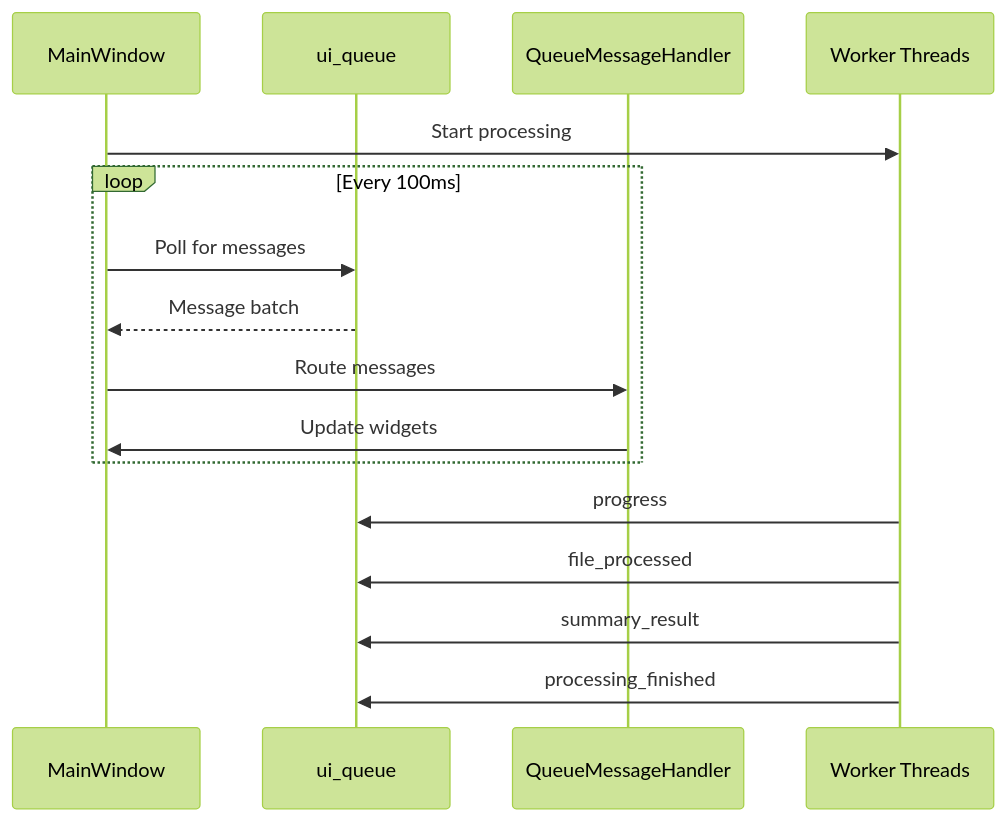
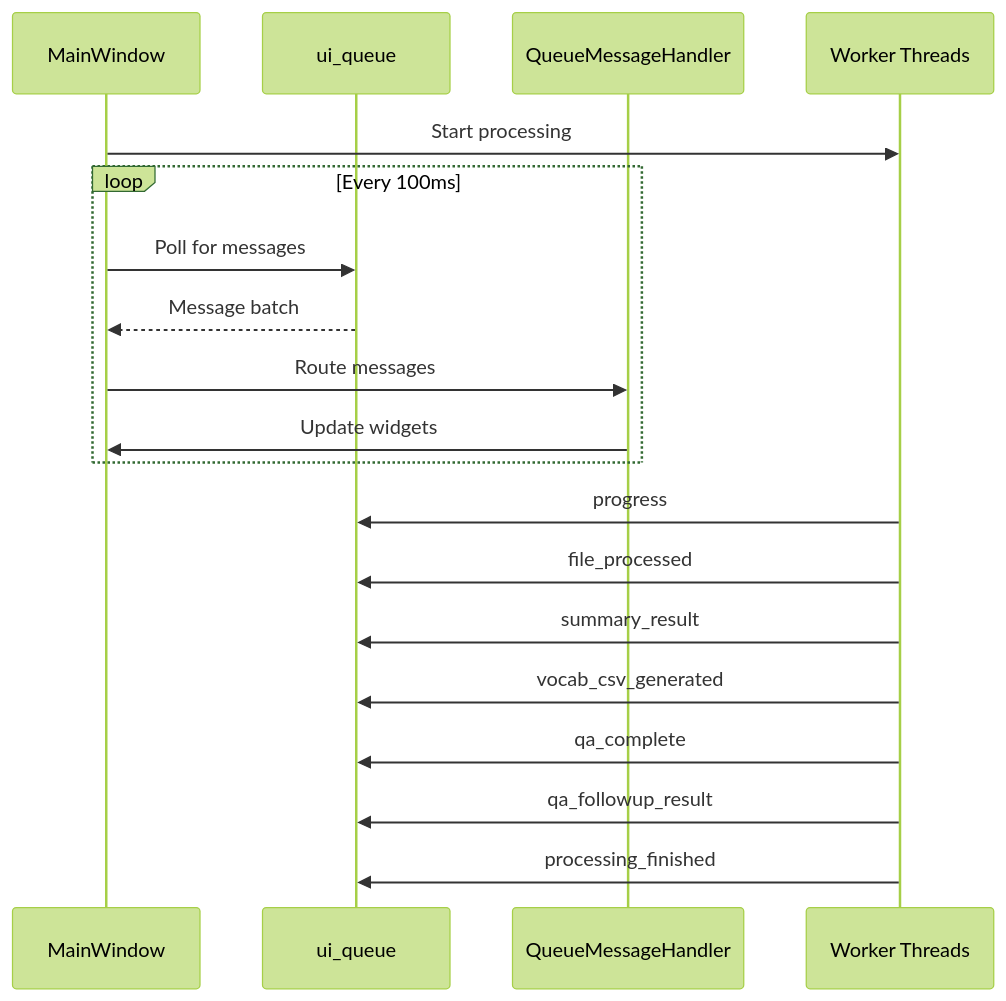
One commit to nono638/CaseSummarizer changed the third of 17 diagrams in ARCHITECTURE.md. Above: the diagram before and after it, drawn with Mermaid (forest theme). The commit also changed other lines of this file and 39 other files, not shown here.

````diff
--- a/ARCHITECTURE.md
+++ b/ARCHITECTURE.md
@@ -137,19 +160,22 @@
 ```mermaid
 sequenceDiagram
     participant UI as MainWindow
     participant Queue as ui_queue
     participant Handler as QueueMessageHandler
     participant Worker as Worker Threads
 
     UI->>Worker: Start processing
     loop Every 100ms
         UI->>Queue: Poll for messages
         Queue-->>UI: Message batch
         UI->>Handler: Route messages
         Handler->>UI: Update widgets
     end
     Worker->>Queue: progress
     Worker->>Queue: file_processed
     Worker->>Queue: summary_result
+    Worker->>Queue: vocab_csv_generated
+    Worker->>Queue: qa_complete
+    Worker->>Queue: qa_followup_result
     Worker->>Queue: processing_finished
 ```
````
